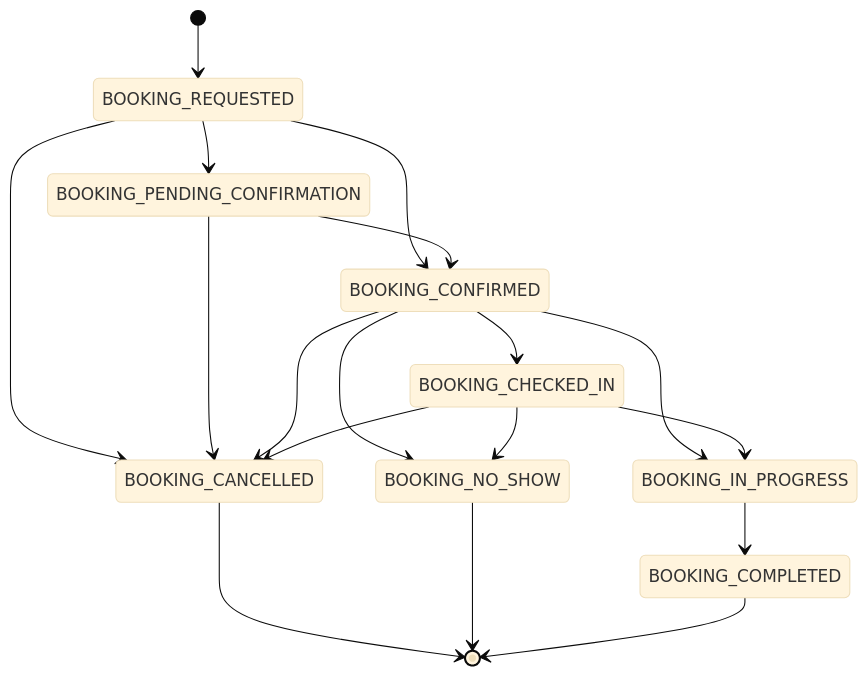
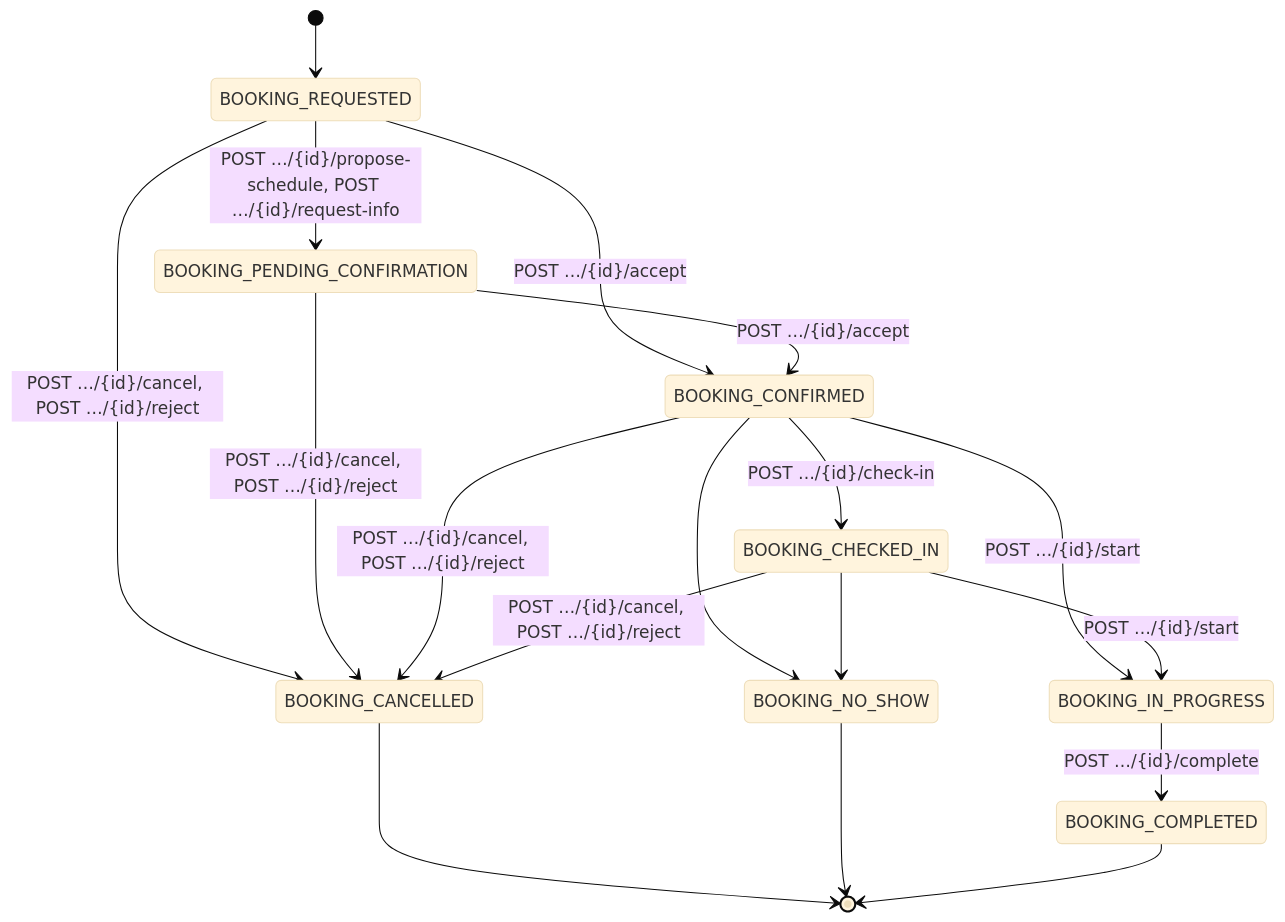
The fifth of 48 diagrams in docs/inventario/flujos/scheduling.md (mdavila-2001/mantra-core-health-api), drawn with Mermaid (base theme) before and after one commit. The commit also changed 9 other files, not shown here.

````diff
--- a/docs/inventario/flujos/scheduling.md
+++ b/docs/inventario/flujos/scheduling.md
@@ -747,20 +747,20 @@
 ```mermaid
 stateDiagram-v2
   [*] --> BOOKING_REQUESTED
-  BOOKING_REQUESTED --> BOOKING_PENDING_CONFIRMATION
-  BOOKING_REQUESTED --> BOOKING_CONFIRMED
-  BOOKING_REQUESTED --> BOOKING_CANCELLED
-  BOOKING_PENDING_CONFIRMATION --> BOOKING_CONFIRMED
-  BOOKING_PENDING_CONFIRMATION --> BOOKING_CANCELLED
-  BOOKING_CONFIRMED --> BOOKING_CHECKED_IN
-  BOOKING_CONFIRMED --> BOOKING_IN_PROGRESS
-  BOOKING_CONFIRMED --> BOOKING_CANCELLED
+  BOOKING_REQUESTED --> BOOKING_PENDING_CONFIRMATION : POST …/{id}/propose-schedule, POST …/{id}/request-info
+  BOOKING_REQUESTED --> BOOKING_CONFIRMED : POST …/{id}/accept
+  BOOKING_REQUESTED --> BOOKING_CANCELLED : POST …/{id}/cancel, POST …/{id}/reject
+  BOOKING_PENDING_CONFIRMATION --> BOOKING_CONFIRMED : POST …/{id}/accept
+  BOOKING_PENDING_CONFIRMATION --> BOOKING_CANCELLED : POST …/{id}/cancel, POST …/{id}/reject
+  BOOKING_CONFIRMED --> BOOKING_CHECKED_IN : POST …/{id}/check-in
+  BOOKING_CONFIRMED --> BOOKING_IN_PROGRESS : POST …/{id}/start
+  BOOKING_CONFIRMED --> BOOKING_CANCELLED : POST …/{id}/cancel, POST …/{id}/reject
   BOOKING_CONFIRMED --> BOOKING_NO_SHOW
-  BOOKING_CHECKED_IN --> BOOKING_IN_PROGRESS
-  BOOKING_CHECKED_IN --> BOOKING_CANCELLED
+  BOOKING_CHECKED_IN --> BOOKING_IN_PROGRESS : POST …/{id}/start
+  BOOKING_CHECKED_IN --> BOOKING_CANCELLED : POST …/{id}/cancel, POST …/{id}/reject
   BOOKING_CHECKED_IN --> BOOKING_NO_SHOW
-  BOOKING_IN_PROGRESS --> BOOKING_COMPLETED
+  BOOKING_IN_PROGRESS --> BOOKING_COMPLETED : POST …/{id}/complete
   BOOKING_CANCELLED --> [*]
   BOOKING_NO_SHOW --> [*]
   BOOKING_COMPLETED --> [*]
 ```
````
